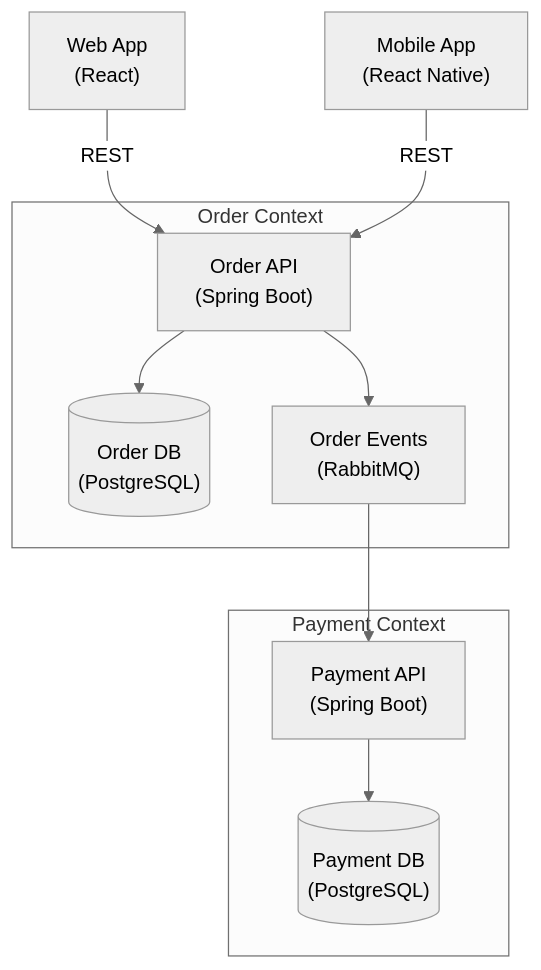
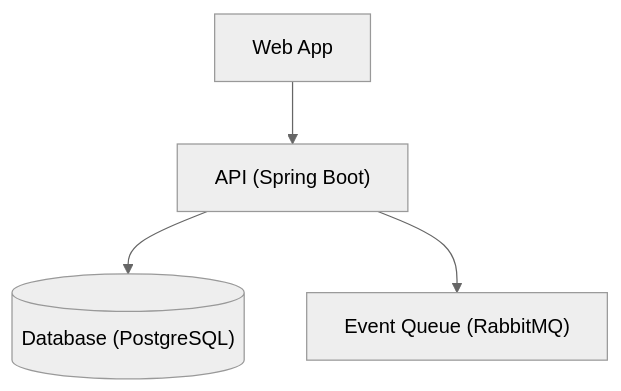
The second of 2 diagrams in skills/ddd-skills/ddd-architecture-doc/SKILL.md (partme-ai/full-stack-skills), drawn with Mermaid (neutral theme) before and after one commit. The commit also changed other lines of this file and 618 other files, not shown here.

````diff
--- a/skills/ddd-skills/ddd-architecture-doc/SKILL.md
+++ b/skills/ddd-skills/ddd-architecture-doc/SKILL.md
@@ -148,23 +80,6 @@
 ```mermaid
 graph TB
-    subgraph OrderContext["Order Context"]
-        OrderAPI["Order API\n(Spring Boot)"]
-        OrderDB[("Order DB\n(PostgreSQL)")]
-        OrderEvents["Order Events\n(RabbitMQ)"]
-    end
-
-    subgraph PaymentContext["Payment Context"]
-        PaymentAPI["Payment API\n(Spring Boot)"]
-        PaymentDB[("Payment DB\n(PostgreSQL)")]
-    end
-
-    WebApp["Web App\n(React)"]
-    MobileApp["Mobile App\n(React Native)"]
-
-    WebApp -->|REST| OrderAPI
-    MobileApp -->|REST| OrderAPI
-    OrderAPI --> OrderDB
-    OrderAPI --> OrderEvents
-    OrderEvents --> PaymentAPI
-    PaymentAPI --> PaymentDB
+    Web["Web App"] --> API["API (Spring Boot)"]
+    API --> DB[("Database (PostgreSQL)")]
+    API --> Queue["Event Queue (RabbitMQ)"]
 ```
````
